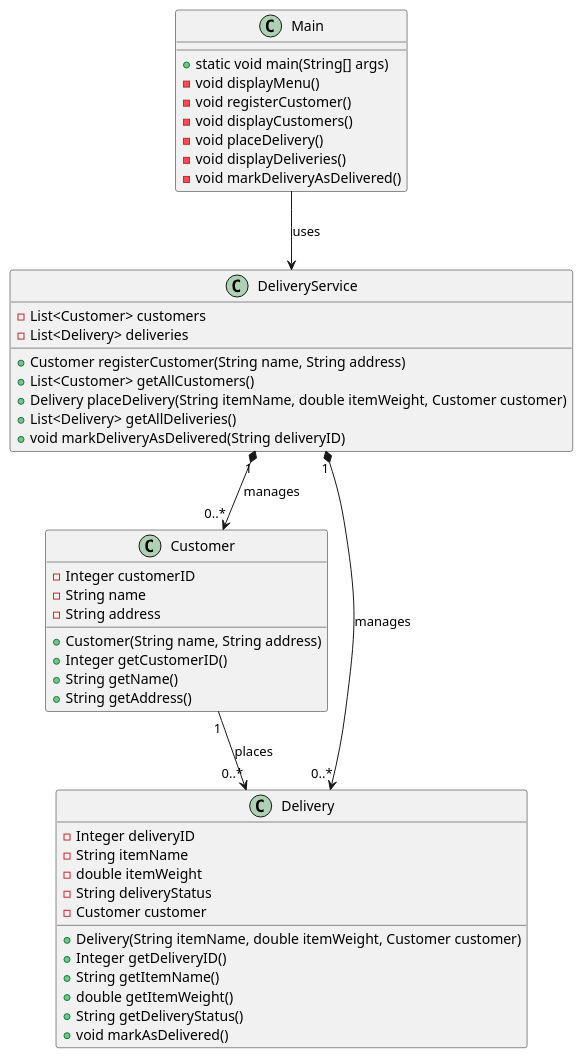
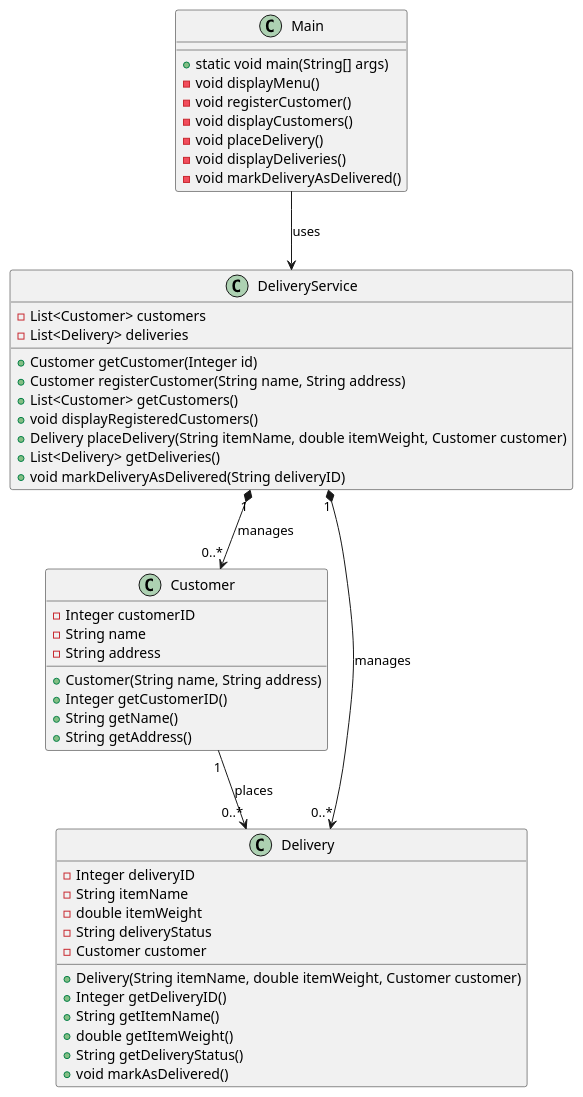
Before and after one commit to StudentsOnly/44-java-recap-project2-teamBr1: the diagram in ClassDiagram.puml, drawn with PlantUML.

```diff
--- a/ClassDiagram.puml
+++ b/ClassDiagram.puml
@@ -1,50 +1,52 @@
 @startuml
 class Customer {
   -Integer customerID
   -String name
   -String address
   +Customer(String name, String address)
   +Integer getCustomerID()
   +String getName()
   +String getAddress()
 }
 
 class Delivery {
   -Integer deliveryID
   -String itemName
   -double itemWeight
   -String deliveryStatus
   -Customer customer
   +Delivery(String itemName, double itemWeight, Customer customer)
   +Integer getDeliveryID()
   +String getItemName()
   +double getItemWeight()
   +String getDeliveryStatus()
   +void markAsDelivered()
 }
 
 class DeliveryService {
   -List<Customer> customers
   -List<Delivery> deliveries
+  +Customer getCustomer(Integer id)
   +Customer registerCustomer(String name, String address)
-  +List<Customer> getAllCustomers()
+  +List<Customer> getCustomers()
+  +void displayRegisteredCustomers()
   +Delivery placeDelivery(String itemName, double itemWeight, Customer customer)
-  +List<Delivery> getAllDeliveries()
+  +List<Delivery> getDeliveries()
   +void markDeliveryAsDelivered(String deliveryID)
 }
 
 class Main {
   +static void main(String[] args)
   -void displayMenu()
   -void registerCustomer()
   -void displayCustomers()
   -void placeDelivery()
   -void displayDeliveries()
   -void markDeliveryAsDelivered()
 }
 
 Customer "1" --> "0..*" Delivery : "places"
 DeliveryService "1" *--> "0..*" Customer : "manages"
 DeliveryService "1" *--> "0..*" Delivery : "manages"
 Main --> DeliveryService : "uses"
 @enduml
```
